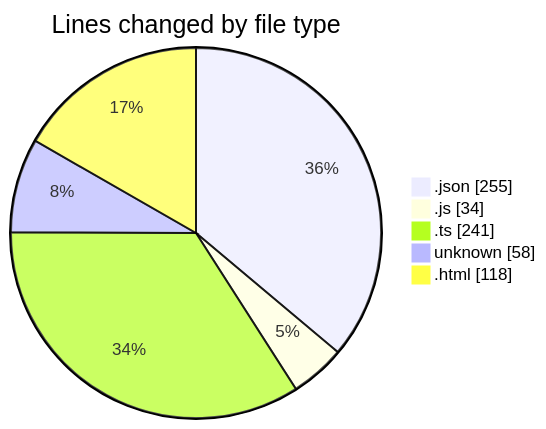
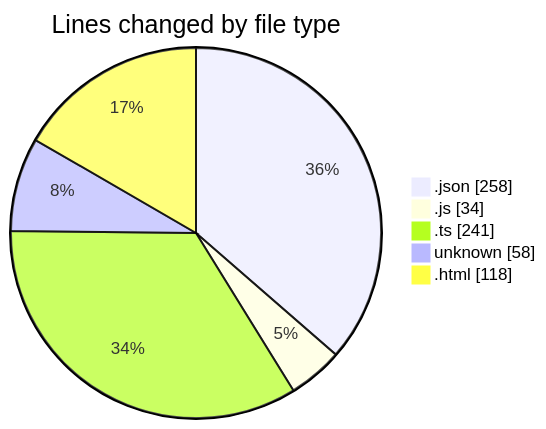
Before and after one commit to momahboobian/code-tracking: the first of 2 diagrams in 2025-05-12/news-clock-system-caspercg/README.md, drawn with Mermaid. The commit also changed other lines of this file and 1 other file, not shown here.

````diff
--- a/2025-05-12/news-clock-system-caspercg/README.md
+++ b/2025-05-12/news-clock-system-caspercg/README.md
@@ -31,9 +31,9 @@
 ```mermaid
 pie showData
 title Lines changed by file type
-".json" : 255
+".json" : 258
 ".js" : 34
 ".ts" : 241
 "unknown" : 58
 ".html" : 118
 ```
````
